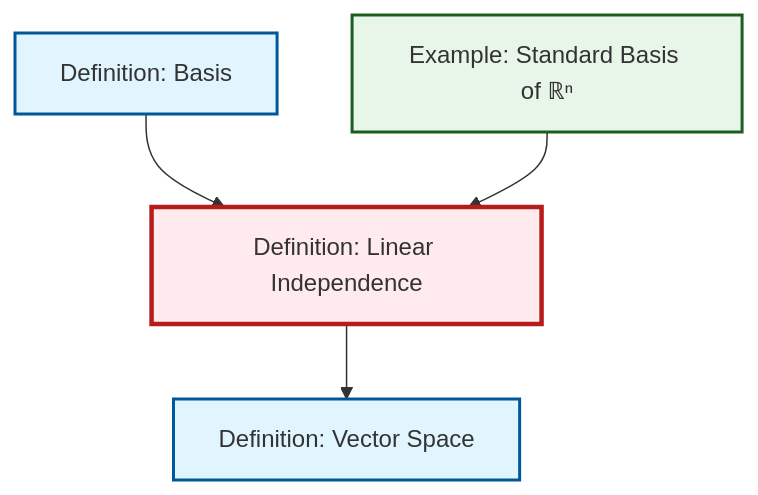
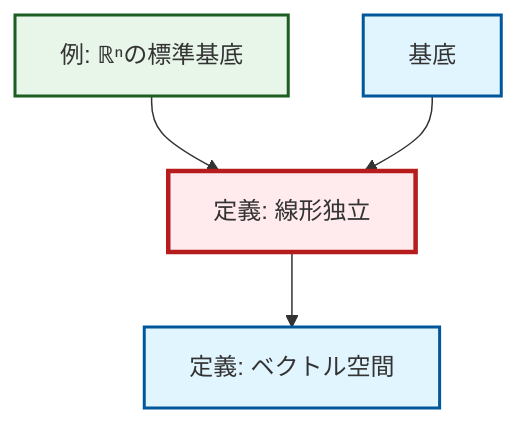
Before and after one commit to RK0429/ModernMath: the diagram in content/ja/algebra/def-linear-independence.qmd, drawn with Mermaid. The commit also changed 1069 other files, not shown here.

````diff
--- a/content/ja/algebra/def-linear-independence.qmd
+++ b/content/ja/algebra/def-linear-independence.qmd
@@ -46,20 +46,20 @@
 ```{mermaid}
 %%| fig-cap: "Local dependency graph"
 graph TD
     classDef definition fill:#e1f5fe,stroke:#01579b,stroke-width:2px
     classDef theorem fill:#f3e5f5,stroke:#4a148c,stroke-width:2px
     classDef axiom fill:#fff3e0,stroke:#e65100,stroke-width:2px
     classDef example fill:#e8f5e9,stroke:#1b5e20,stroke-width:2px
     classDef current fill:#ffebee,stroke:#b71c1c,stroke-width:3px
-    def-basis["Definition: Basis"]:::definition
-    def-linear-independence["Definition: Linear Independence"]:::definition
-    ex-standard-basis-rn["Example: Standard Basis of ℝⁿ"]:::example
-    def-vector-space["Definition: Vector Space"]:::definition
-    def-basis --> def-linear-independence
+    def-basis["基底"]:::definition
+    def-linear-independence["定義: 線形独立"]:::definition
+    ex-standard-basis-rn["例: ℝⁿの標準基底"]:::example
+    def-vector-space["定義: ベクトル空間"]:::definition
     def-linear-independence --> def-vector-space
     ex-standard-basis-rn --> def-linear-independence
+    def-basis --> def-linear-independence
     class def-linear-independence current
-    click def-basis "def-basis.html" "Definition: Basisへ"
-    click ex-standard-basis-rn "ex-standard-basis-rn.html" "Example: Standard Basis of ℝⁿへ"
-    click def-vector-space "def-vector-space.html" "Definition: Vector Spaceへ"
+    click def-basis "def-basis.html" "基底へ"
+    click ex-standard-basis-rn "ex-standard-basis-rn.html" "ℝⁿの標準基底の例へ"
+    click def-vector-space "def-vector-space.html" "ベクトル空間の定義へ"
 ```
````
